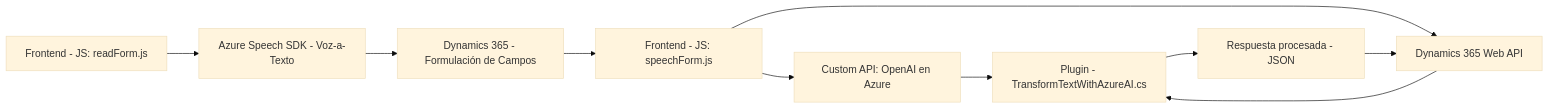
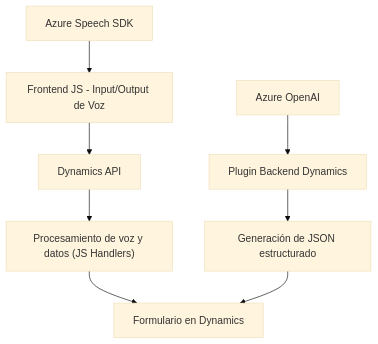
The diagram in README.md (blopezdm/NETCORE_BILBAO2025), drawn with Mermaid (base theme) before and after one commit. The commit also changed other lines of this file, not shown here.

````diff
--- a/README.md
+++ b/README.md
@@ -39,12 +37,12 @@
 ```mermaid
-graph LR
-  A["Frontend - JS: readForm.js"] --> B["Azure Speech SDK - Voz-a-Texto"]
-  B --> C["Dynamics 365 - Formulación de Campos"]
-  C --> D["Frontend - JS: speechForm.js"]
-  D --> E["Custom API: OpenAI en Azure"]
-  D --> F["Dynamics 365 Web API"]
-  E --> G["Plugin - TransformTextWithAzureAI.cs"]
-  F --> G
-  G --> H["Respuesta procesada - JSON"]
-  H --> F
+graph TD
+    A["Azure Speech SDK"] --> B["Frontend JS - Input/Output de Voz"]
+    B --> C["Dynamics API"]
+    C --> D["Procesamiento de voz y datos (JS Handlers)"]
+
+    E["Azure OpenAI"] --> F["Plugin Backend Dynamics"]
+    F --> G["Generación de JSON estructurado"]
+    
+    D --> H["Formulario en Dynamics"]
+    G --> H
 ```
````
